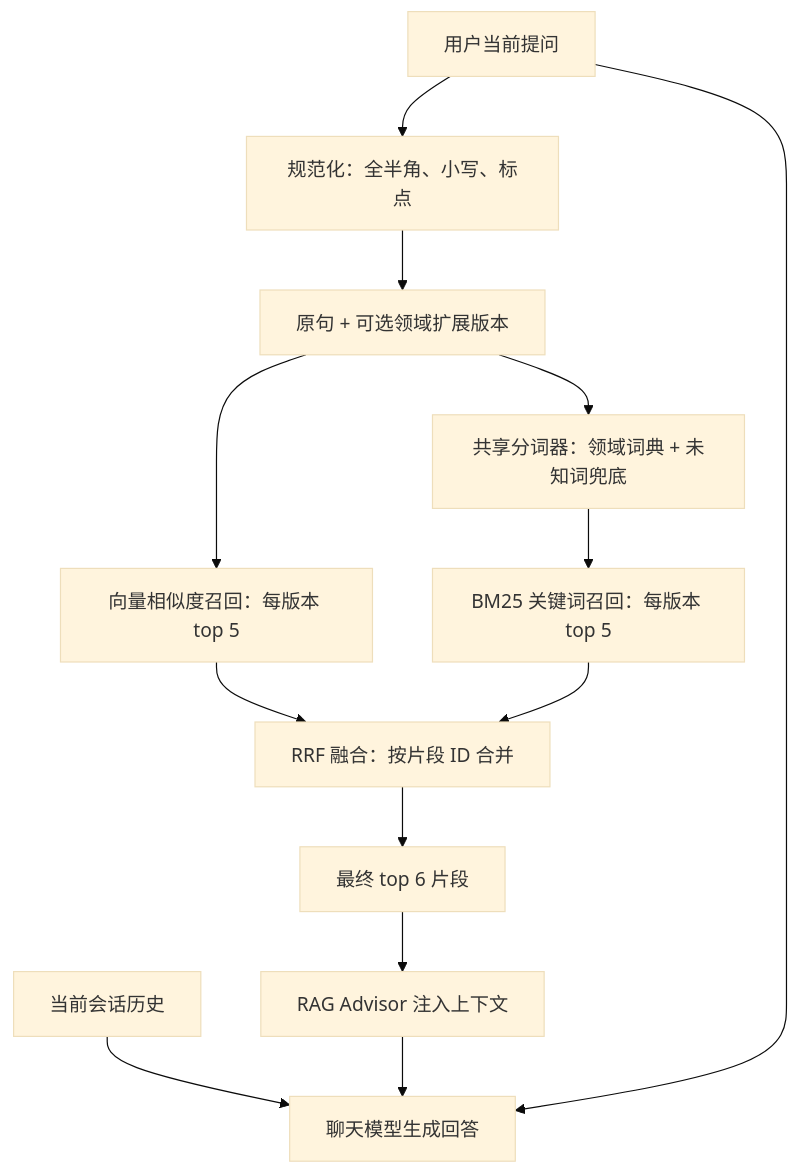
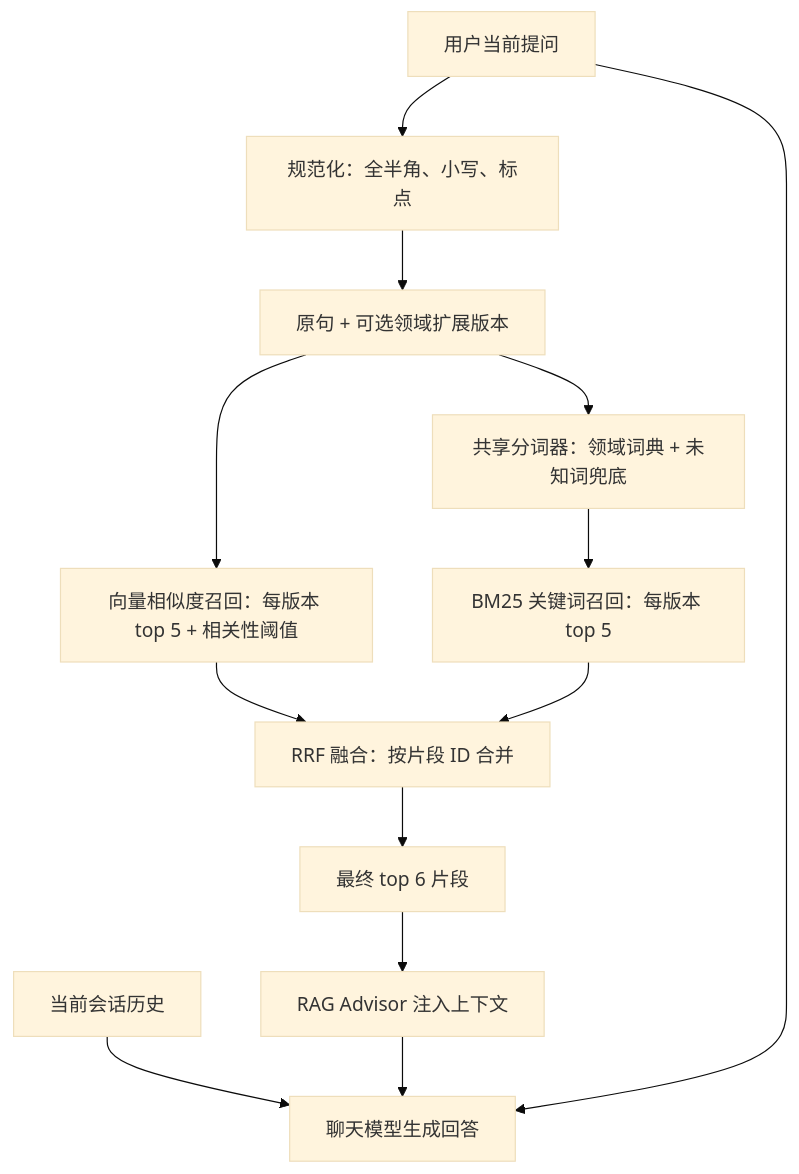
The diagram in docs/hybrid-retrieval.md (Lyh2422/liu-ai-agent), drawn with Mermaid (base theme) before and after one commit. The commit also changed other lines of this file and 7 other files, not shown here.

````diff
--- a/docs/hybrid-retrieval.md
+++ b/docs/hybrid-retrieval.md
@@ -39,15 +41,15 @@
 ```mermaid
 flowchart TD
     U[用户当前提问] --> N[规范化：全半角、小写、标点]
     N --> E[原句 + 可选领域扩展版本]
-    E --> V[向量相似度召回：每版本 top 5]
+    E --> V[向量相似度召回：每版本 top 5 + 相关性阈值]
     E --> T[共享分词器：领域词典 + 未知词兜底]
     T --> B[BM25 关键词召回：每版本 top 5]
     V --> R[RRF 融合：按片段 ID 合并]
     B --> R
     R --> C[最终 top 6 片段]
     C --> A[RAG Advisor 注入上下文]
     H[当前会话历史] --> M[聊天模型生成回答]
     A --> M
     U --> M
 ```
````
